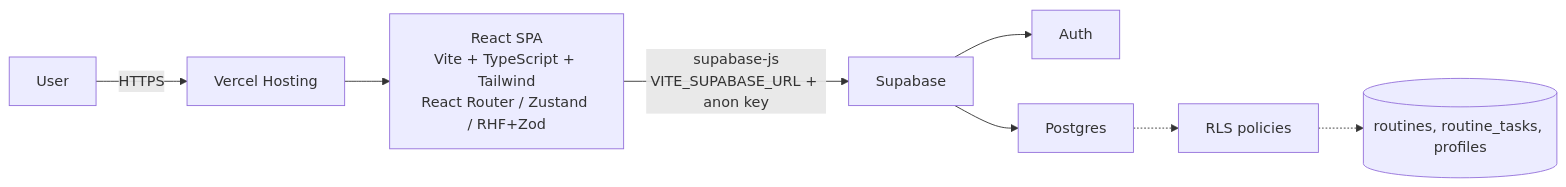
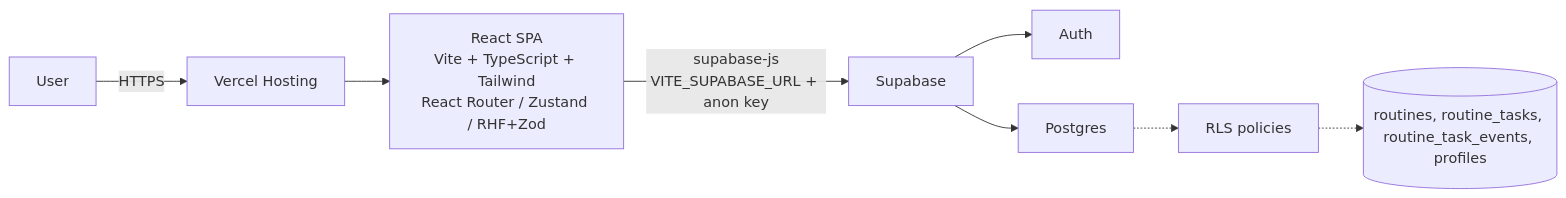
One commit to TomasPosada0626/Neuroroutine changed the diagram in README.md. Above: the diagram before and after it, drawn with Mermaid. The commit also changed other lines of this file and 1 other file, not shown here.

Commit message:
Add routine selector, tooltips, auto insights; update README

````diff
--- a/README.md
+++ b/README.md
@@ -150,12 +153,12 @@
 ```mermaid
 flowchart LR
   U[User] -->|HTTPS| H[Vercel Hosting]
   H --> SPA[React SPA\nVite + TypeScript + Tailwind\nReact Router / Zustand / RHF+Zod]
 
   SPA -->|supabase-js\nVITE_SUPABASE_URL + anon key| SB[Supabase]
   SB --> AUTH[Auth]
   SB --> DB[Postgres]
 
   DB -.-> RLS[RLS policies]
-  RLS -.-> DATA[(routines, routine_tasks, profiles)]
+  RLS -.-> DATA[(routines, routine_tasks, routine_task_events, profiles)]
 ```
````
